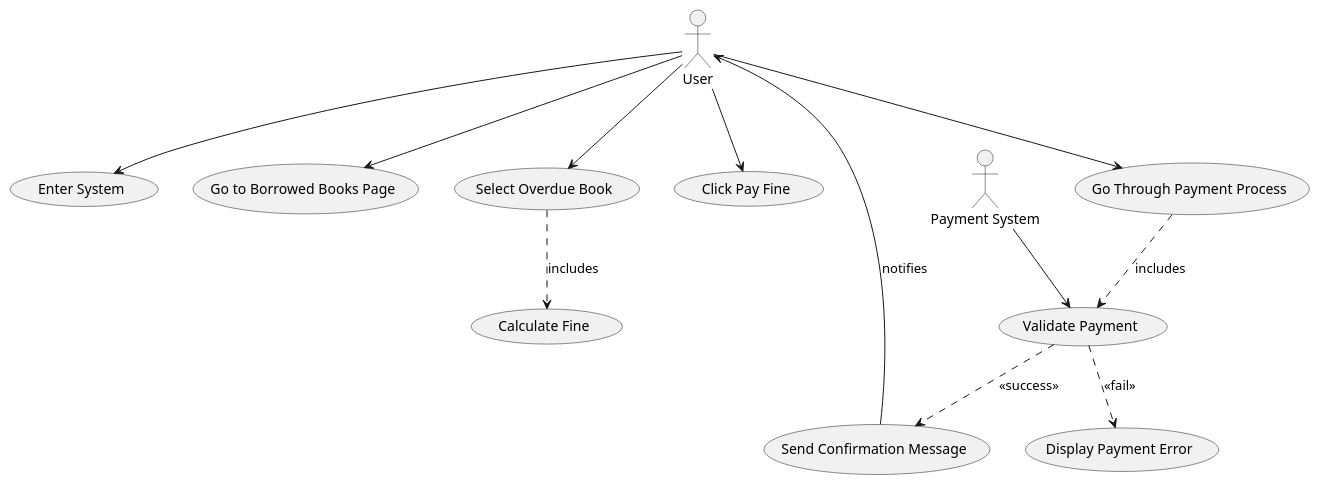
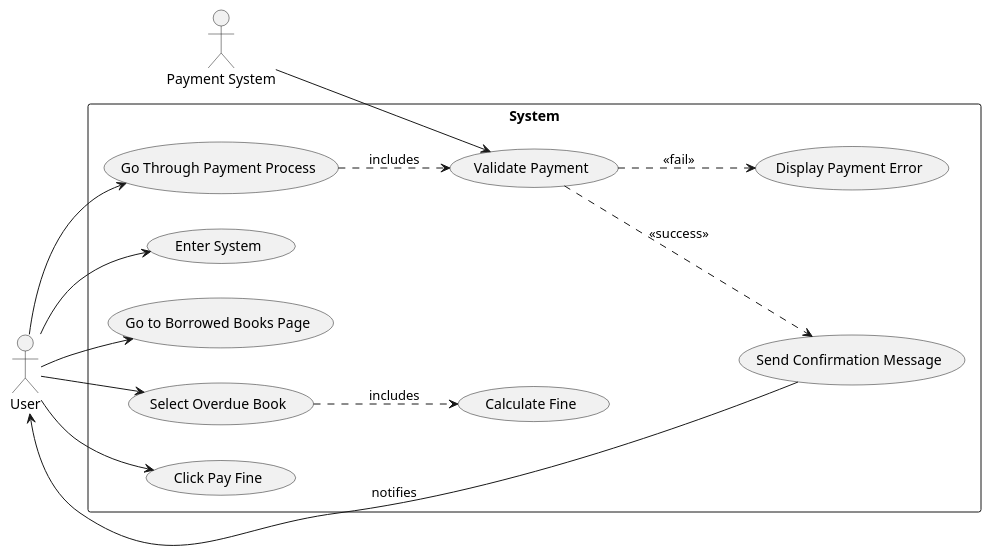
The diagram in diagrams/UCDs/Pay Book Fine.puml (SalmaAzeem/library-system), drawn with PlantUML before and after one commit. The commit also changed 7 other files, not shown here.

Commit message:
Refactor to add rectangle System

```diff
--- a/diagrams/UCDs/Pay Book Fine.puml
+++ b/diagrams/UCDs/Pay Book Fine.puml
@@ -1,31 +1,34 @@
 @startuml
 actor :User:
 actor :Payment System: as pay
+left to right direction
 
-(Enter System) as enter
-(Go to Borrowed Books Page) as go
-(Select Overdue Book) as select
-(Calculate Fine) as cal
-(Click Pay Fine) as click
-(Go Through Payment Process) as process
-(Validate Payment) as valid
-(Send Confirmation Message) as confirm
-(Display Payment Error) as error
 
+rectangle "System" {
+    (Enter System) as enter
+    (Go to Borrowed Books Page) as go
+    (Select Overdue Book) as select
+    (Calculate Fine) as cal
+    (Click Pay Fine) as click
+    (Go Through Payment Process) as process
+    (Validate Payment) as valid
+    (Send Confirmation Message) as confirm
+    (Display Payment Error) as error
+}
 User --> enter
 User --> go
 User --> select
 
 select ..> cal : includes
 
 
 User --> click
 User --> process
 
 process ..> valid : includes
 pay --> valid
 valid ..> confirm : <<success>>
 valid ..> error : <<fail>>
 
 User <-- confirm : notifies
 @enduml
```
